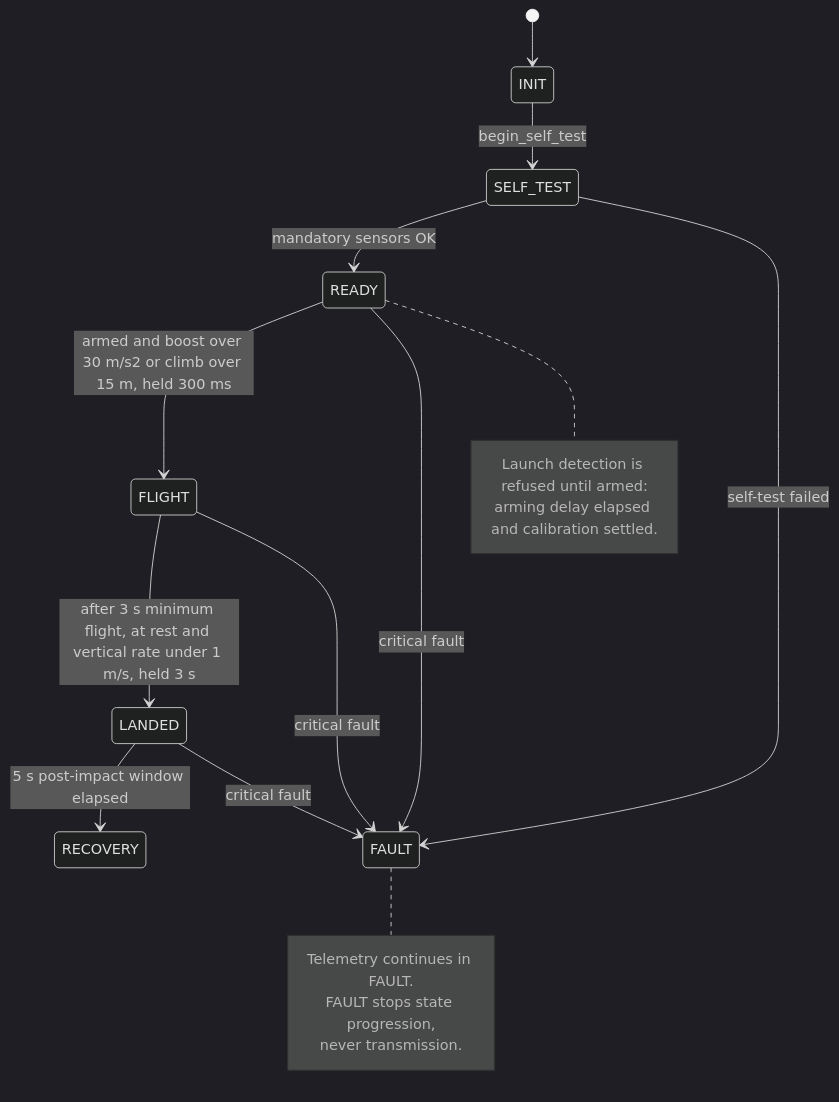
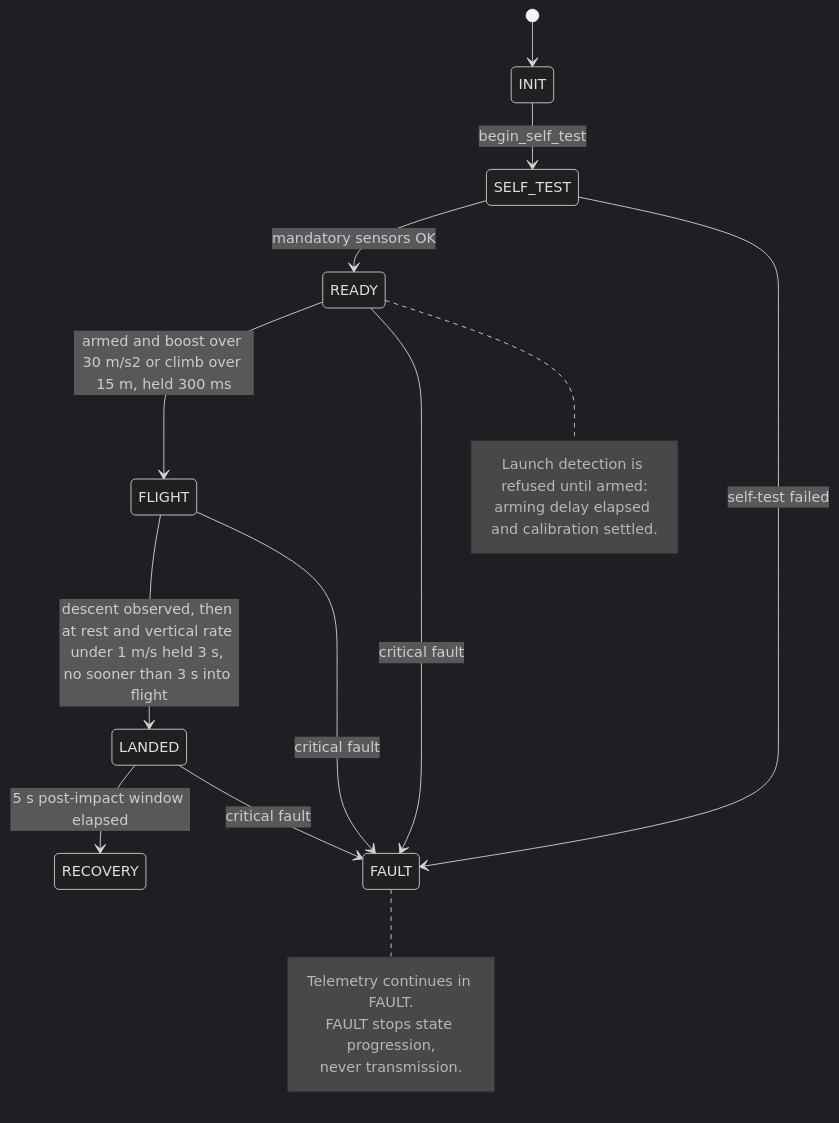
Before and after one commit to KunjSorathiya/CanSat-2026: the fifth of 9 diagrams in documentation/design/software-architecture.md, drawn with Mermaid (dark theme). The commit also changed other lines of this file and 56 other files, not shown here.

First line of the commit message:
fix(flight): a landing needs a descent, and 1 Hz is now unreachable

````diff
--- a/documentation/design/software-architecture.md
+++ b/documentation/design/software-architecture.md
@@ -252,23 +252,23 @@
 ```mermaid
 stateDiagram-v2
     [*] --> INIT
     INIT --> SELF_TEST: begin_self_test
     SELF_TEST --> READY: mandatory sensors OK
     SELF_TEST --> FAULT: self-test failed
     READY --> FLIGHT: armed and boost over 30 m/s2 or climb over 15 m, held 300 ms
-    FLIGHT --> LANDED: after 3 s minimum flight, at rest and vertical rate under 1 m/s, held 3 s
+    FLIGHT --> LANDED: descent observed, then at rest and vertical rate under 1 m/s held 3 s, no sooner than 3 s into flight
     LANDED --> RECOVERY: 5 s post-impact window elapsed
     READY --> FAULT: critical fault
     FLIGHT --> FAULT: critical fault
     LANDED --> FAULT: critical fault
 
     note right of FAULT
         Telemetry continues in FAULT.
         FAULT stops state progression,
         never transmission.
     end note
     note right of READY
         Launch detection is refused until armed:
         arming delay elapsed and calibration settled.
     end note
 ```
````
